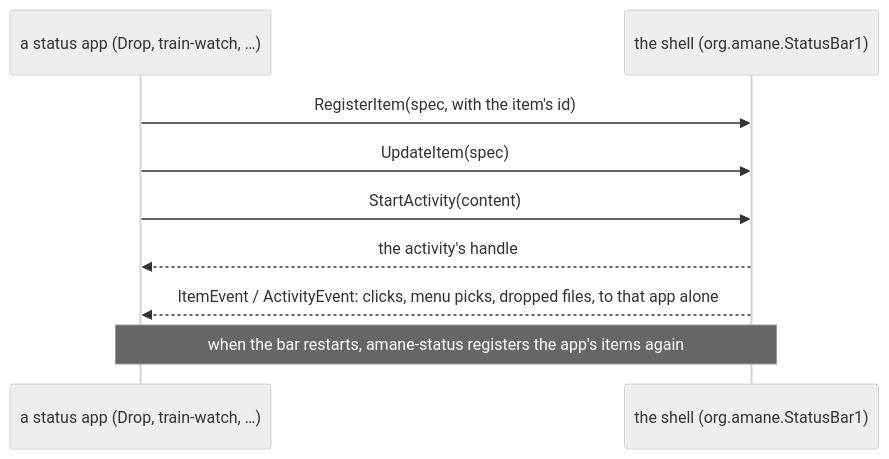
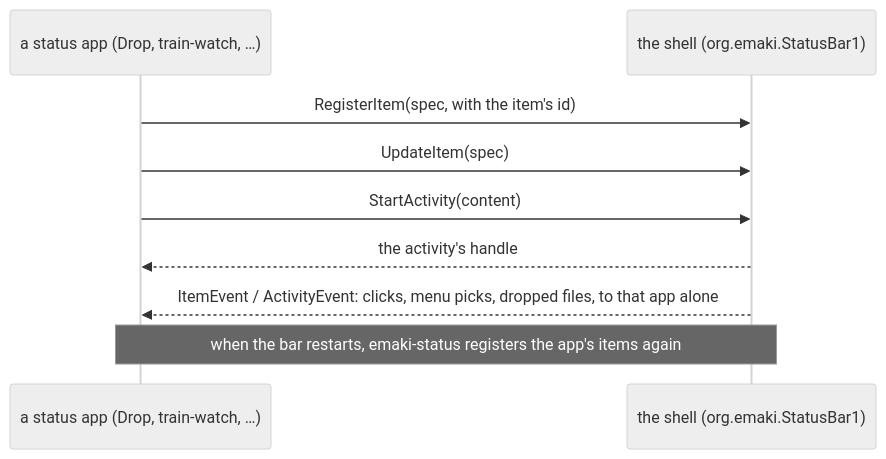
One commit to 098765434/amane-shell changed the third of 3 diagrams in docs/developer/architecture.md. Above: the diagram before and after it, drawn with Mermaid (neutral theme). The commit also changed other lines of this file and 389 other files, not shown here.

Commit message:
amane-shell is emaki: packages, binaries, ids, env vars, sockets, D-Bus names, layer namespaces (mechanical)

````diff
--- a/docs/developer/architecture.md
+++ b/docs/developer/architecture.md
@@ -127,11 +127,11 @@
 ```mermaid
 sequenceDiagram
     participant App as a status app (Drop, train-watch, …)
-    participant Bar as the shell (org.amane.StatusBar1)
+    participant Bar as the shell (org.emaki.StatusBar1)
     App->>Bar: RegisterItem(spec, with the item's id)
     App->>Bar: UpdateItem(spec)
     App->>Bar: StartActivity(content)
     Bar-->>App: the activity's handle
     Bar-->>App: ItemEvent / ActivityEvent: clicks, menu picks, dropped files, to that app alone
-    Note over Bar,App: when the bar restarts, amane-status registers the app's items again
+    Note over Bar,App: when the bar restarts, emaki-status registers the app's items again
 ```
````
